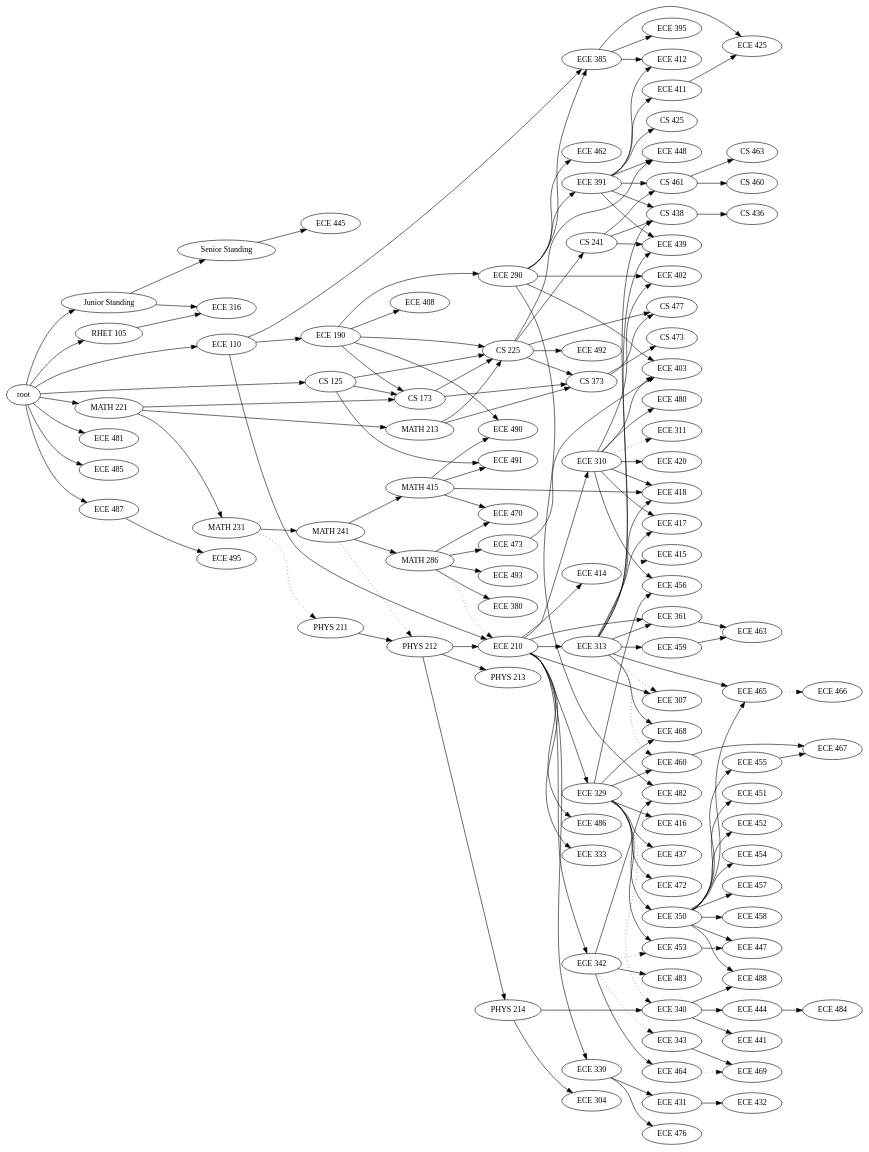
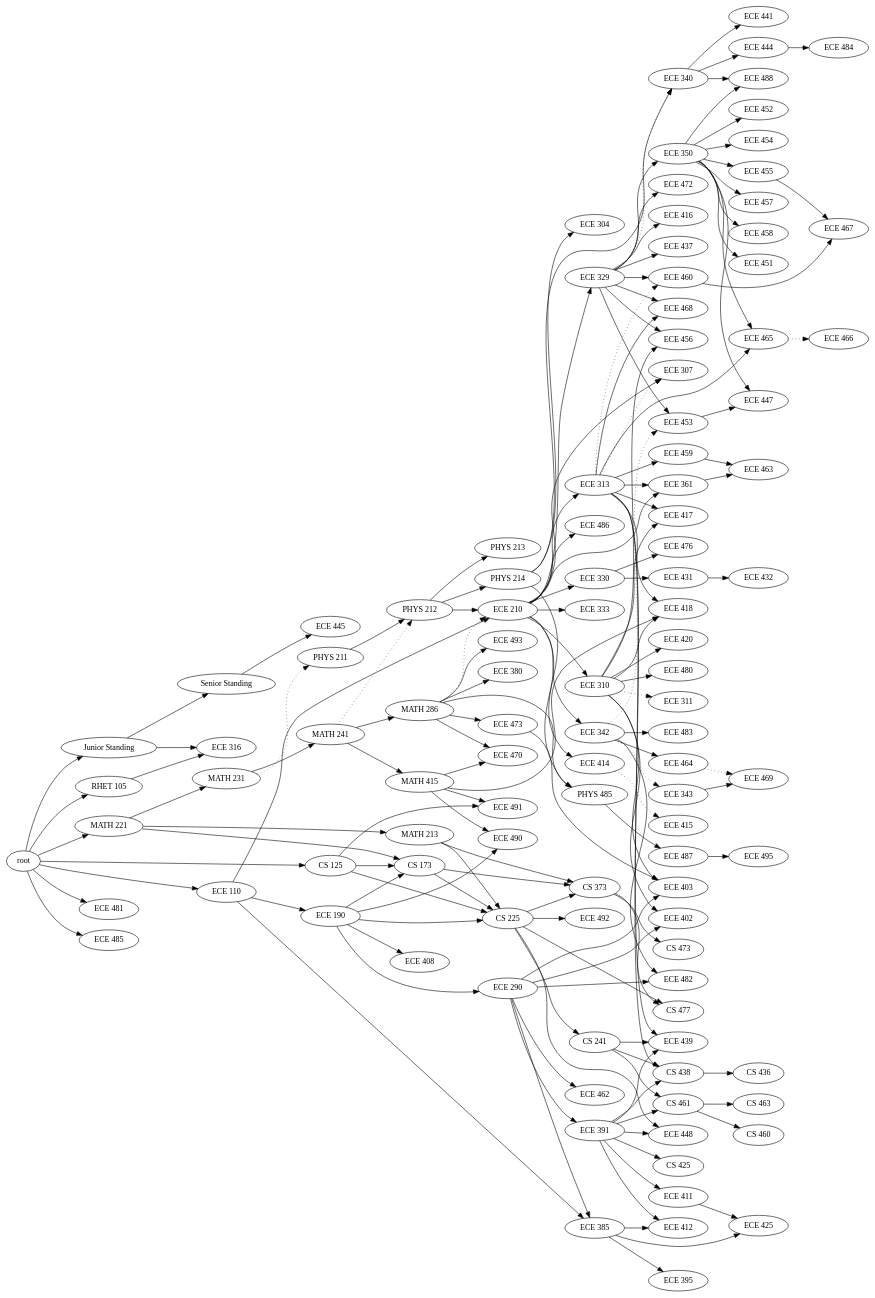
Before and after one commit to HKN-Dr-Everitts-Neighborhood/Curriculum-Graph: the diagram in thegraph.dot, drawn with Graphviz.

Commit message:
updated dot to match data

```diff
--- a/thegraph.dot
+++ b/thegraph.dot
@@ -106,6 +106,7 @@
     a102 [ label="CS 373" ];
     a103 [ label="CS 473" ];
     a104 [ label="CS 241" ];
+    a105 [ label="PHYS 485" ];
     a1 -> a0;
     a2 -> a3;
     a3 -> a4;
@@ -221,6 +222,7 @@
     a25 -> a91;
     a56 -> a92;
     a12 -> a94;
+    a105 -> a95;
     a15 -> a96;
     a27 -> a96;
     a11 -> a97;
@@ -235,6 +237,8 @@
     a73 -> a102;
     a102 -> a103;
     a72 -> a104;
+    a5 -> a105;
+    a9 -> a105;
     a3 -> a6 [style=dotted];
     a4 -> a7 [style=dotted];
     a5 -> a12 [style=dotted];
@@ -254,5 +258,4 @@
     root -> a71;
     root -> a89;
     root -> a93;
-    root -> a95;
 }
```
